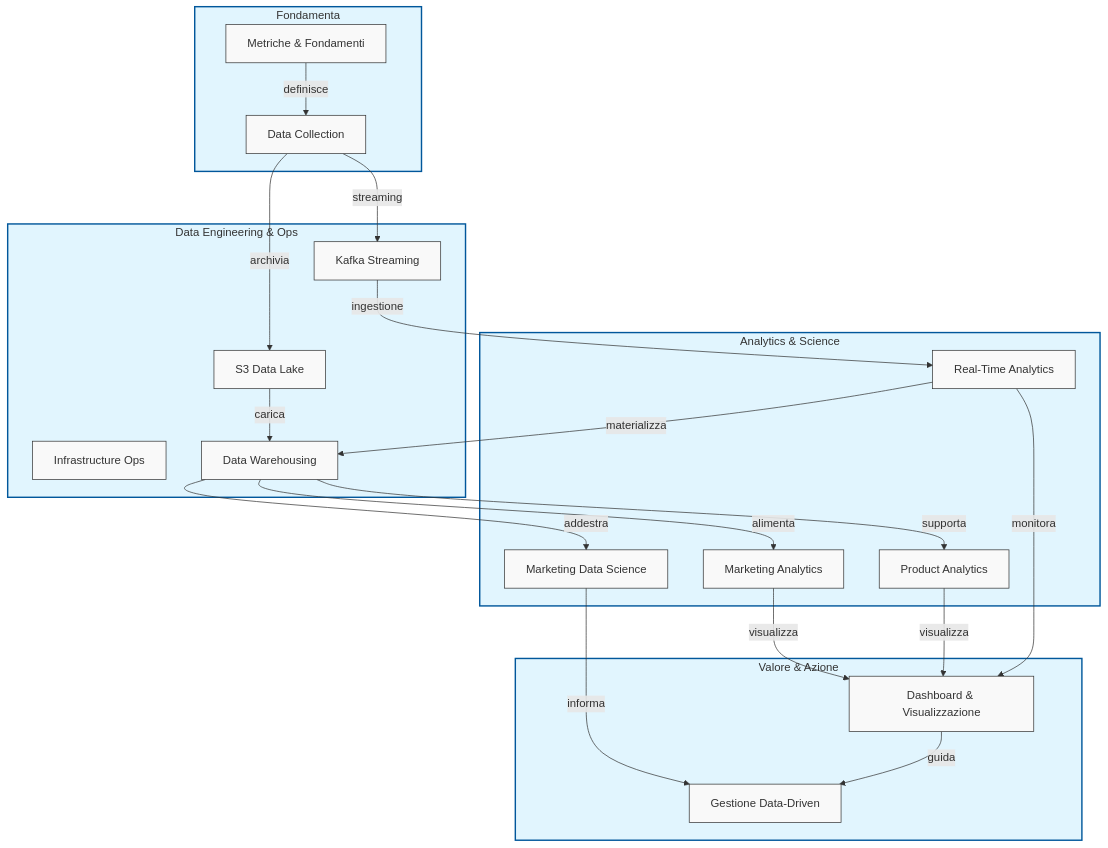
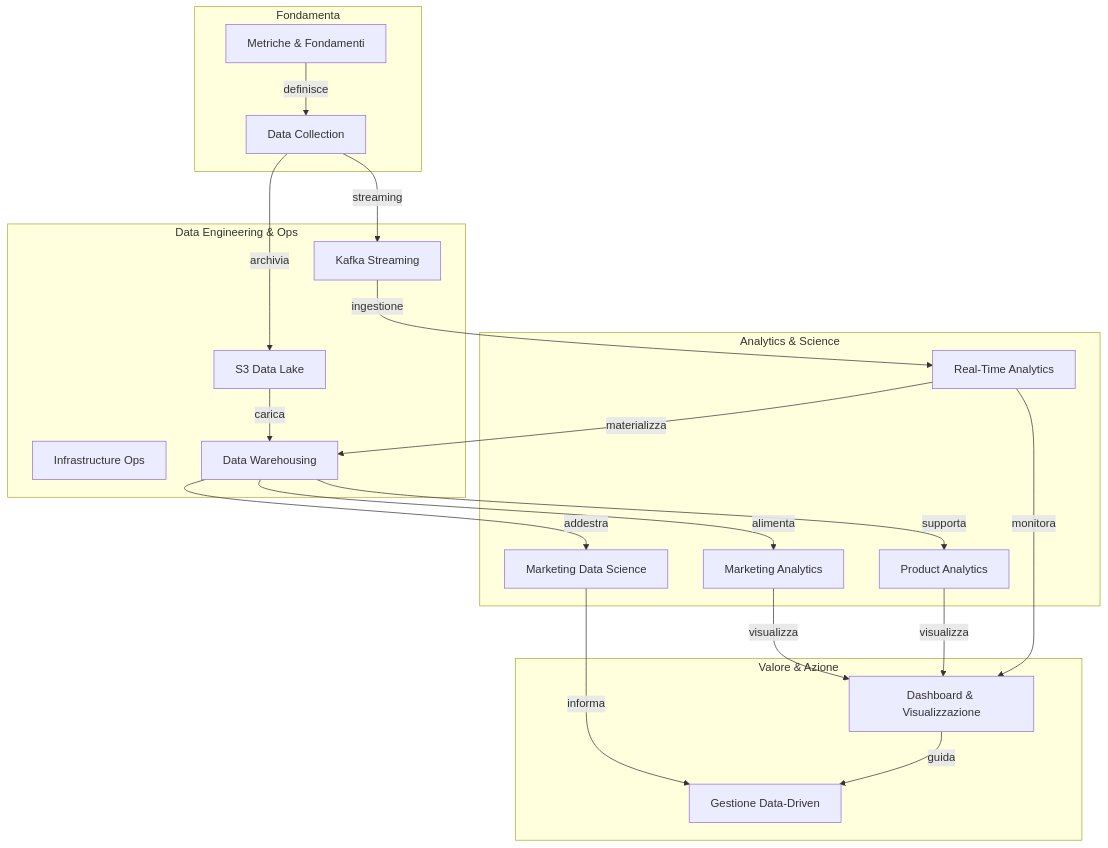
The first of 6 diagrams in src/content/corso/panoramica/mappe-concettuali.mdx (AndreyBertasini/gynnitech), drawn with Mermaid before and after one commit. The commit also changed other lines of this file and 110 other files, not shown here.

First line of the commit message:
chore(content): optimize mermaid diagrams for mobile and dark theme

````diff
--- a/src/content/corso/panoramica/mappe-concettuali.mdx
+++ b/src/content/corso/panoramica/mappe-concettuali.mdx
@@ -21,51 +21,48 @@
 ```mermaid
 flowchart TD
     subgraph Fundamentals [Fondamenta]
         MET[Metriche & Fondamenti]
         COL[Data Collection]
     end
 
     subgraph Infrastructure [Data Engineering & Ops]
         S3[S3 Data Lake]
         KFK[Kafka Streaming]
         OPS[Infrastructure Ops]
         DWH[Data Warehousing]
     end
 
     subgraph Analytics [Analytics & Science]
         RTA[Real-Time Analytics]
         MKT[Marketing Analytics]
         PRD[Product Analytics]
         DS[Marketing Data Science]
     end
 
     subgraph Value [Valore & Azione]
         VIS[Dashboard & Visualizzazione]
         STR[Gestione Data-Driven]
     end
 
     %% Relazioni con etichette
     MET -->|definisce| COL
     COL -->|archivia| S3
     COL -->|streaming| KFK
 
     S3 -->|carica| DWH
     KFK -->|ingestione| RTA
     RTA -->|materializza| DWH
 
     DWH -->|alimenta| MKT
     DWH -->|supporta| PRD
     DWH -->|addestra| DS
 
     MKT -->|visualizza| VIS
     PRD -->|visualizza| VIS
     RTA -->|monitora| VIS
 
     DS -->|informa| STR
     VIS -->|guida| STR
 
     %% Stili
-    classDef default fill:#f9f9f9,stroke:#333,stroke-width:1px;
-    classDef subgraphStyle fill:#e1f5fe,stroke:#01579b,stroke-width:2px;
-    class Fundamentals,Infrastructure,Analytics,Value subgraphStyle;
 ```
````
